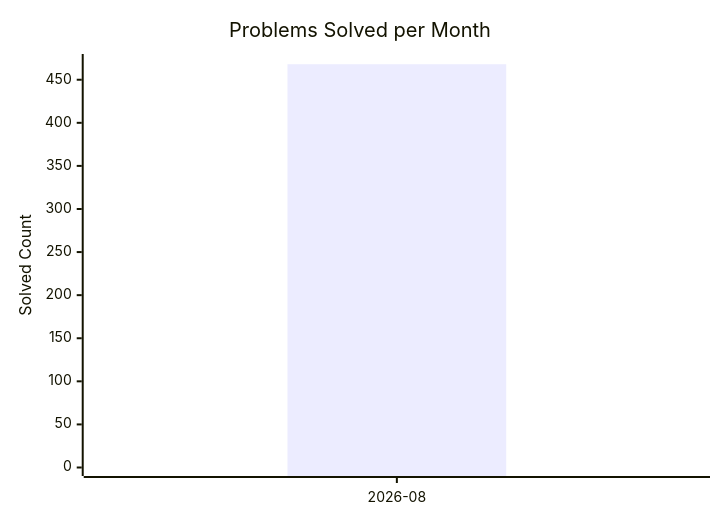
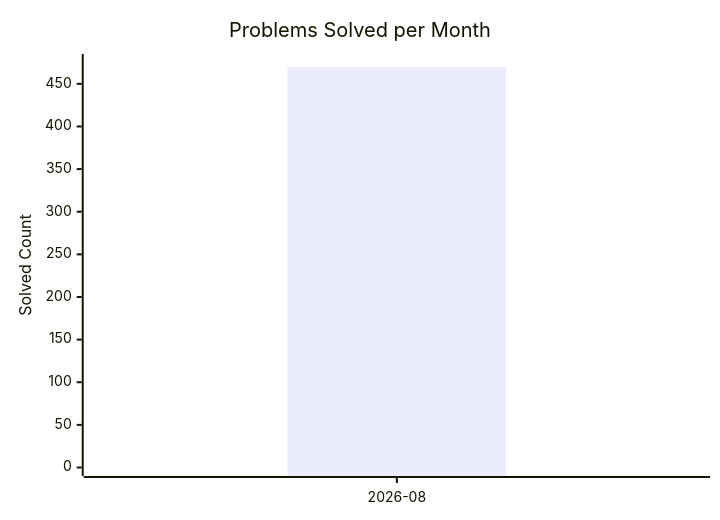
Before and after one commit to AdityaPandey-DEV/CP-Progress-Sync: the diagram in dashboard.md, drawn with Mermaid. The commit also changed other lines of this file, not shown here.

Commit message:
Auto-update CP dashboard [skip ci]

````diff
--- a/dashboard.md
+++ b/dashboard.md
@@ -8,8 +8,8 @@
 ```mermaid
 xychart-beta
     title "Problems Solved per Month"
     x-axis ["2026-08"]
-    y-axis "Solved Count" 0 --> 470
-    bar [468]
-    line [468]
+    y-axis "Solved Count" 0 --> 475
+    bar [470]
+    line [470]
 ```
````
